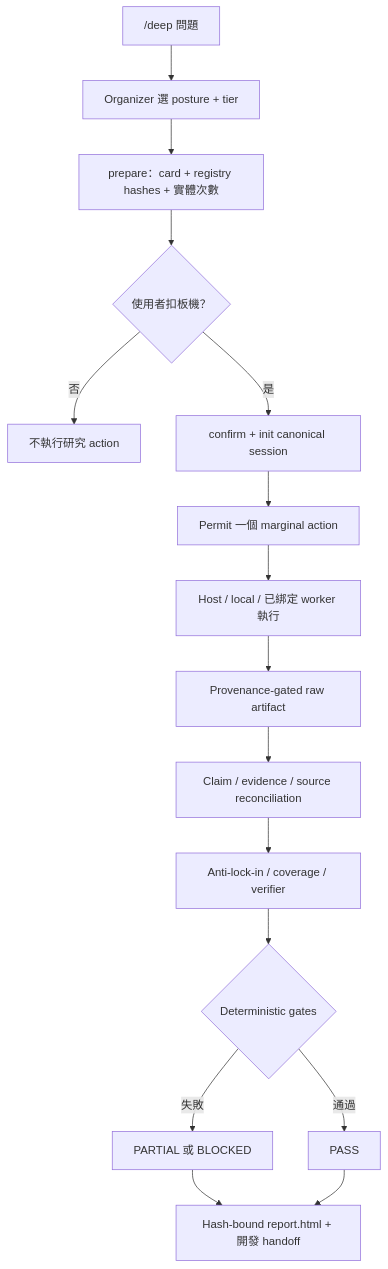
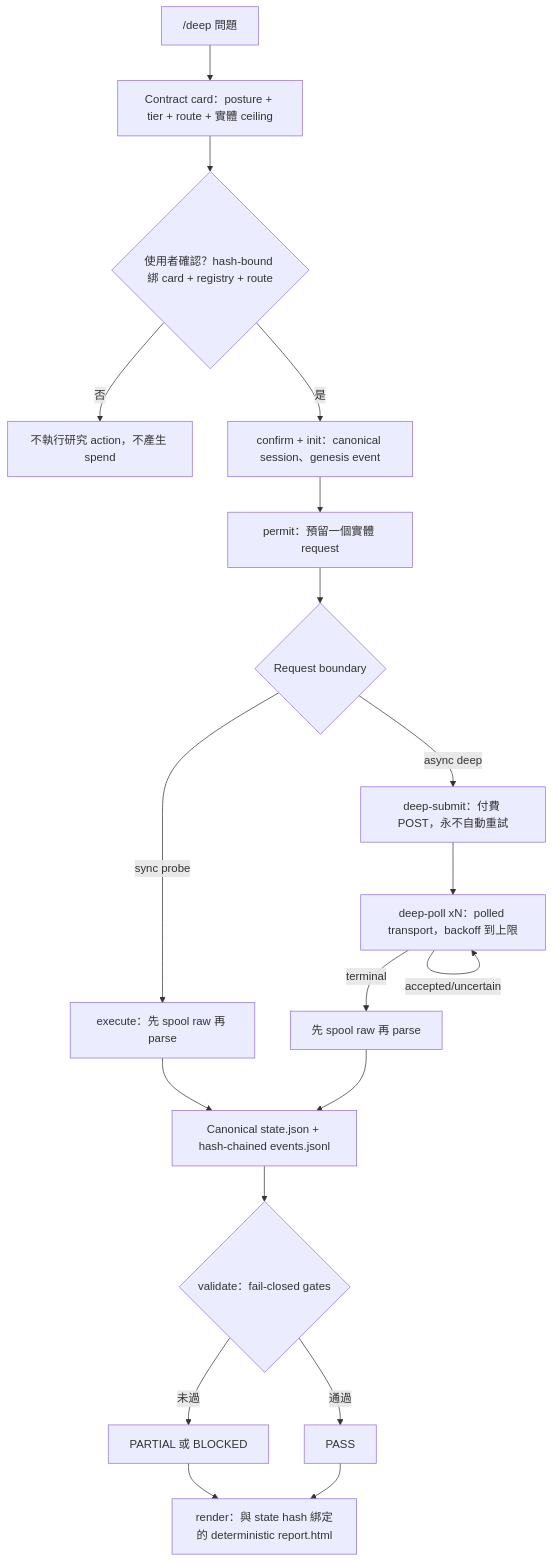
The diagram in README.zh-TW.md (jechiu16/agent-deep-research-trigger), drawn with Mermaid before and after one commit. The commit also changed other lines of this file and 1 other file, not shown here.

Commit message:
docs(readme): v2 story — quickstart, invariants, generated route table (bilingual)

````diff
--- a/README.zh-TW.md
+++ b/README.zh-TW.md
@@ -45,18 +50,21 @@
 ```mermaid
 flowchart TD
-    A["/deep 問題"] --> B["Organizer 選 posture + tier"]
-    B --> C["prepare：card + registry hashes + 實體次數"]
-    C --> D{"使用者扣板機？"}
-    D -- 否 --> X["不執行研究 action"]
-    D -- 是 --> E["confirm + init canonical session"]
-    E --> F["Permit 一個 marginal action"]
-    F --> G["Host / local / 已綁定 worker 執行"]
-    G --> H["Provenance-gated raw artifact"]
-    H --> I["Claim / evidence / source reconciliation"]
-    I --> J["Anti-lock-in / coverage / verifier"]
-    J --> K{"Deterministic gates"}
-    K -- 失敗 --> L["PARTIAL 或 BLOCKED"]
-    K -- 通過 --> M["PASS"]
-    L --> N["Hash-bound report.html + 開發 handoff"]
-    M --> N
+    Q["/deep 問題"] --> CARD["Contract card：posture + tier + route + 實體 ceiling"]
+    CARD --> CONFIRM{"使用者確認？hash-bound 綁 card + registry + route"}
+    CONFIRM -- 否 --> STOP["不執行研究 action，不產生 spend"]
+    CONFIRM -- 是 --> INIT["confirm + init：canonical session、genesis event"]
+    INIT --> PERMIT["permit：預留一個實體 request"]
+    PERMIT --> BOUNDARY{"Request boundary"}
+    BOUNDARY -- sync probe --> PROBE["execute：先 spool raw 再 parse"]
+    BOUNDARY -- async deep --> SUBMIT["deep-submit：付費 POST，永不自動重試"]
+    SUBMIT --> POLL["deep-poll xN：polled transport，backoff 到上限"]
+    POLL -- accepted/uncertain --> POLL
+    POLL -- terminal --> HARVEST["先 spool raw 再 parse"]
+    PROBE --> STATE["Canonical state.json + hash-chained events.jsonl"]
+    HARVEST --> STATE
+    STATE --> VALIDATE{"validate：fail-closed gates"}
+    VALIDATE -- 未過 --> PARTIAL["PARTIAL 或 BLOCKED"]
+    VALIDATE -- 通過 --> PASS["PASS"]
+    PARTIAL --> RENDER["render：與 state hash 綁定的 deterministic report.html"]
+    PASS --> RENDER
 ```
````
